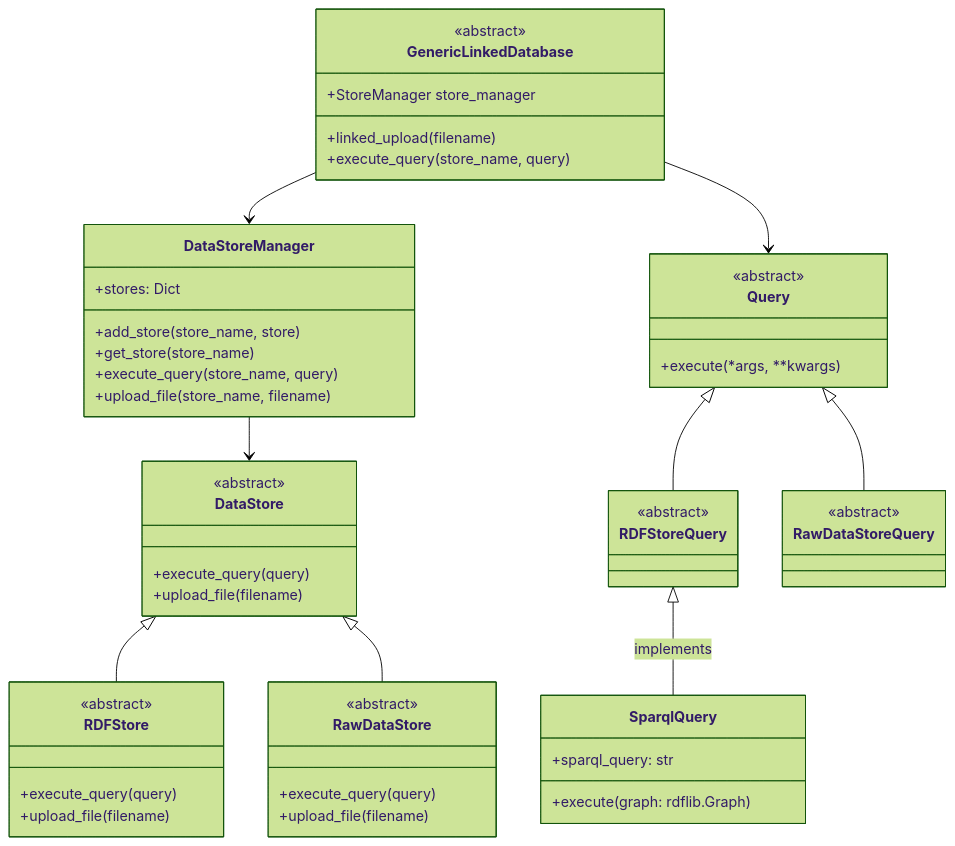
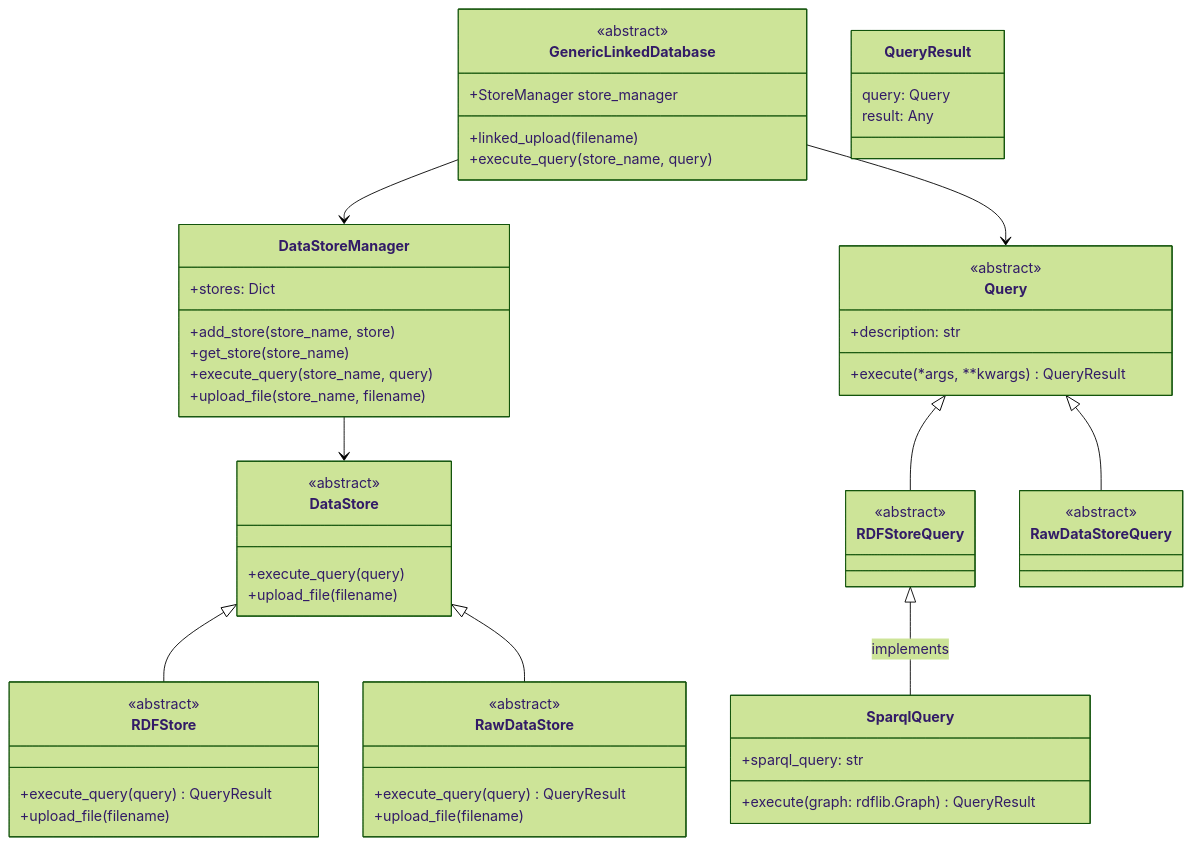
Before and after one commit to matthiasprobst/generic-linked-database: the diagram in README.md, drawn with Mermaid (forest theme).

````diff
--- a/README.md
+++ b/README.md
@@ -43,63 +43,69 @@
 ```mermaid
 classDiagram
     class GenericLinkedDatabase {
         <<abstract>>
         +StoreManager store_manager
         +linked_upload(filename)
         +execute_query(store_name, query)
     }
 
     class DataStoreManager {
         +stores: Dict
         +add_store(store_name, store)
         +get_store(store_name)
         +execute_query(store_name, query)
         +upload_file(store_name, filename)
     }
 
     class DataStore {
         <<abstract>>
         +execute_query(query)
         +upload_file(filename)
     }
 
     class RDFStore {
         <<abstract>>
-        +execute_query(query)
+        +execute_query(query) QueryResult
         +upload_file(filename)
     }
 
     class RawDataStore {
         <<abstract>>
-        +execute_query(query)
+        +execute_query(query) QueryResult
         +upload_file(filename)
     }
 
     class Query {
+        +description: str
         <<abstract>>
-        +execute(*args, **kwargs)
+        +execute(*args, **kwargs) QueryResult
+    }
+
+    class QueryResult {
+        query: Query
+        result: Any
     }
 
     class RDFStoreQuery {
         <<abstract>>
     }
 
     class RawDataStoreQuery {
         <<abstract>>
     }
     
     class SparqlQuery {
         +sparql_query: str
-        +execute(graph: rdflib.Graph)
+        +execute(graph: rdflib.Graph) QueryResult
     }
 
     %% Relationships
     GenericLinkedDatabase --> DataStoreManager
     GenericLinkedDatabase --> Query
     DataStoreManager --> DataStore
     DataStore <|-- RDFStore
     DataStore <|-- RawDataStore
     Query <|-- RDFStoreQuery
     Query <|-- RawDataStoreQuery
     RDFStoreQuery <|-- SparqlQuery : implements
 ```
````
